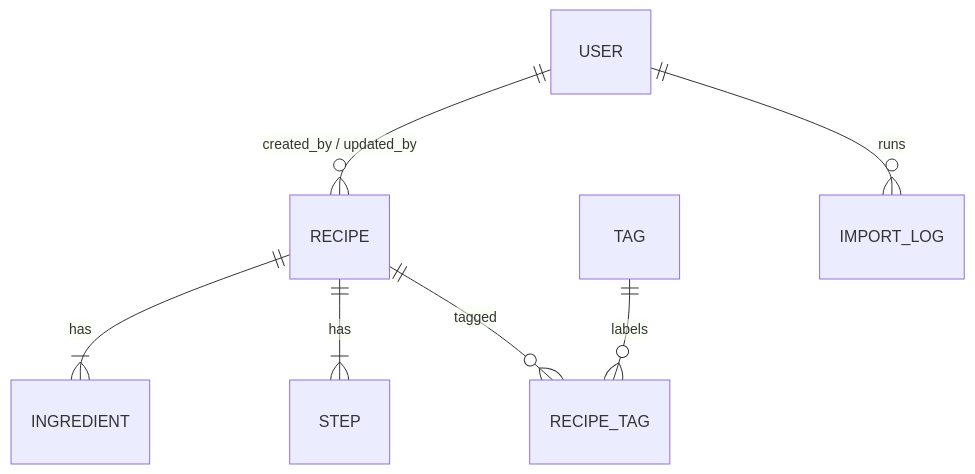
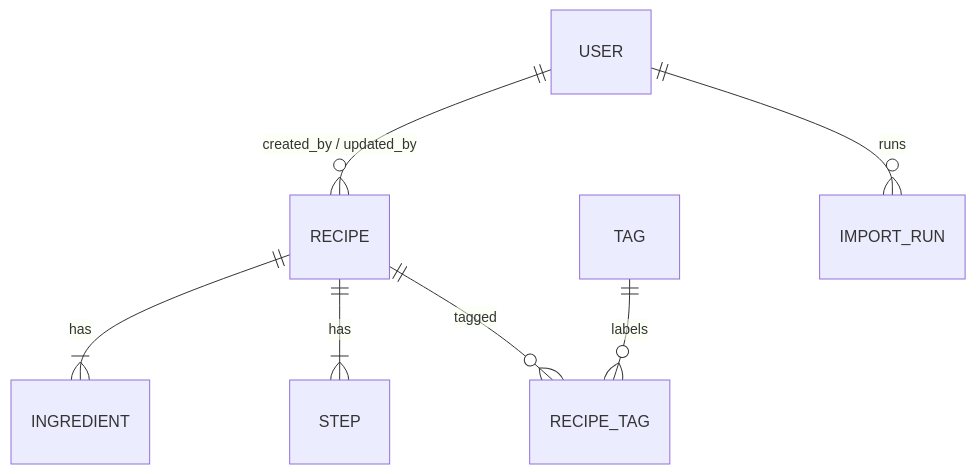
Before and after one commit to adigoldstein/recipes: the second of 2 diagrams in _bmad-output/planning-artifacts/architecture/architecture-recipes-2026-10-26/ARCHITECTURE-SPINE.md, drawn with Mermaid. The commit also changed other lines of this file and 2 other files, not shown here.

First line of the commit message:
docs(architecture): deepen AI import (AD-34..AD-40), Epic 5 stories 5.1-5.10, Epic 8 semantic search, story 7.6 tag merge

````diff
--- a/_bmad-output/planning-artifacts/architecture/architecture-recipes-2026-10-26/ARCHITECTURE-SPINE.md
+++ b/_bmad-output/planning-artifacts/architecture/architecture-recipes-2026-10-26/ARCHITECTURE-SPINE.md
@@ -432,9 +502,9 @@
 ```mermaid
 erDiagram
   RECIPE ||--|{ INGREDIENT : has
   RECIPE ||--|{ STEP : has
   RECIPE ||--o{ RECIPE_TAG : tagged
   TAG ||--o{ RECIPE_TAG : labels
   USER ||--o{ RECIPE : "created_by / updated_by"
-  USER ||--o{ IMPORT_LOG : runs
+  USER ||--o{ IMPORT_RUN : runs
 ```
````
